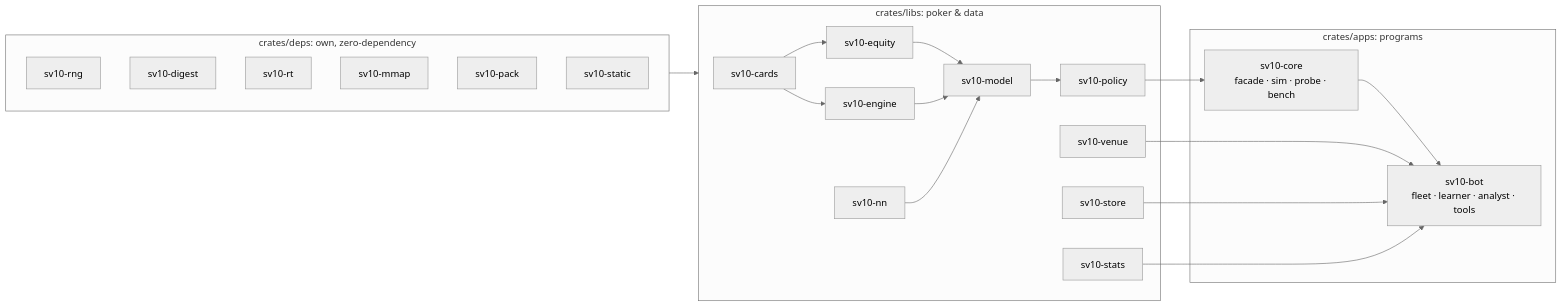
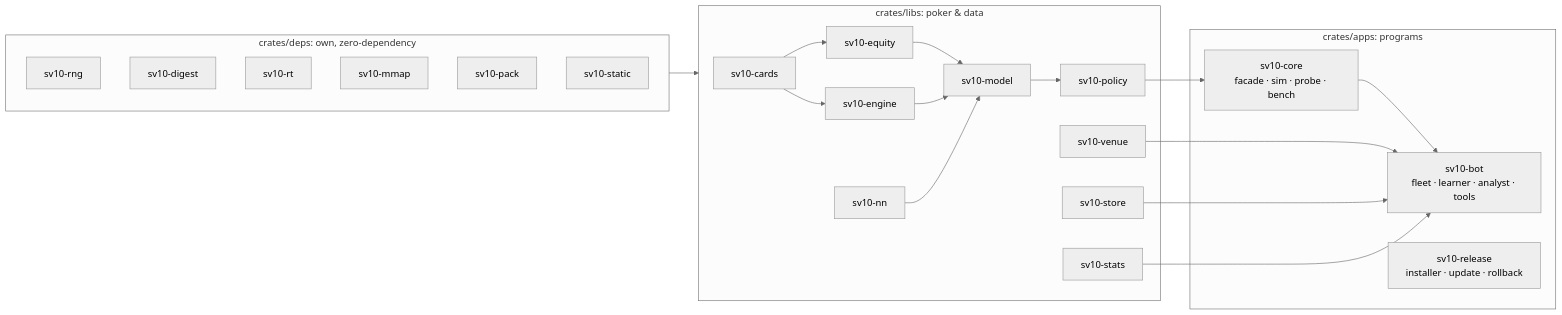
The third of 4 diagrams in README.md (SvanLabs/SvanBot), drawn with Mermaid (neutral theme) before and after one commit. The commit also changed other lines of this file and 16 other files, not shown here.

````diff
--- a/README.md
+++ b/README.md
@@ -233,27 +233,28 @@
 ```mermaid
 flowchart LR
   subgraph deps["crates/deps: own, zero-dependency"]
     rng["sv10-rng"]; digest["sv10-digest"]; rt["sv10-rt"]; mmap["sv10-mmap"]; pack["sv10-pack"]; stat["sv10-static"]
   end
   subgraph libs["crates/libs: poker & data"]
     cards["sv10-cards"] --> equity["sv10-equity"]
     cards --> engine["sv10-engine"]
     equity --> model["sv10-model"]
     engine --> model
     nn["sv10-nn"] --> model
     model --> policy["sv10-policy"]
     stats["sv10-stats"]
     venue["sv10-venue"]
     store["sv10-store"]
   end
   subgraph apps["crates/apps: programs"]
     core["sv10-core<br/>facade · sim · probe · bench"]
     bot["sv10-bot<br/>fleet · learner · analyst · tools"]
+    release["sv10-release<br/>installer · update · rollback"]
   end
   deps --> libs
   policy --> core
   core --> bot
   venue --> bot
   store --> bot
   stats --> bot
 ```
````
